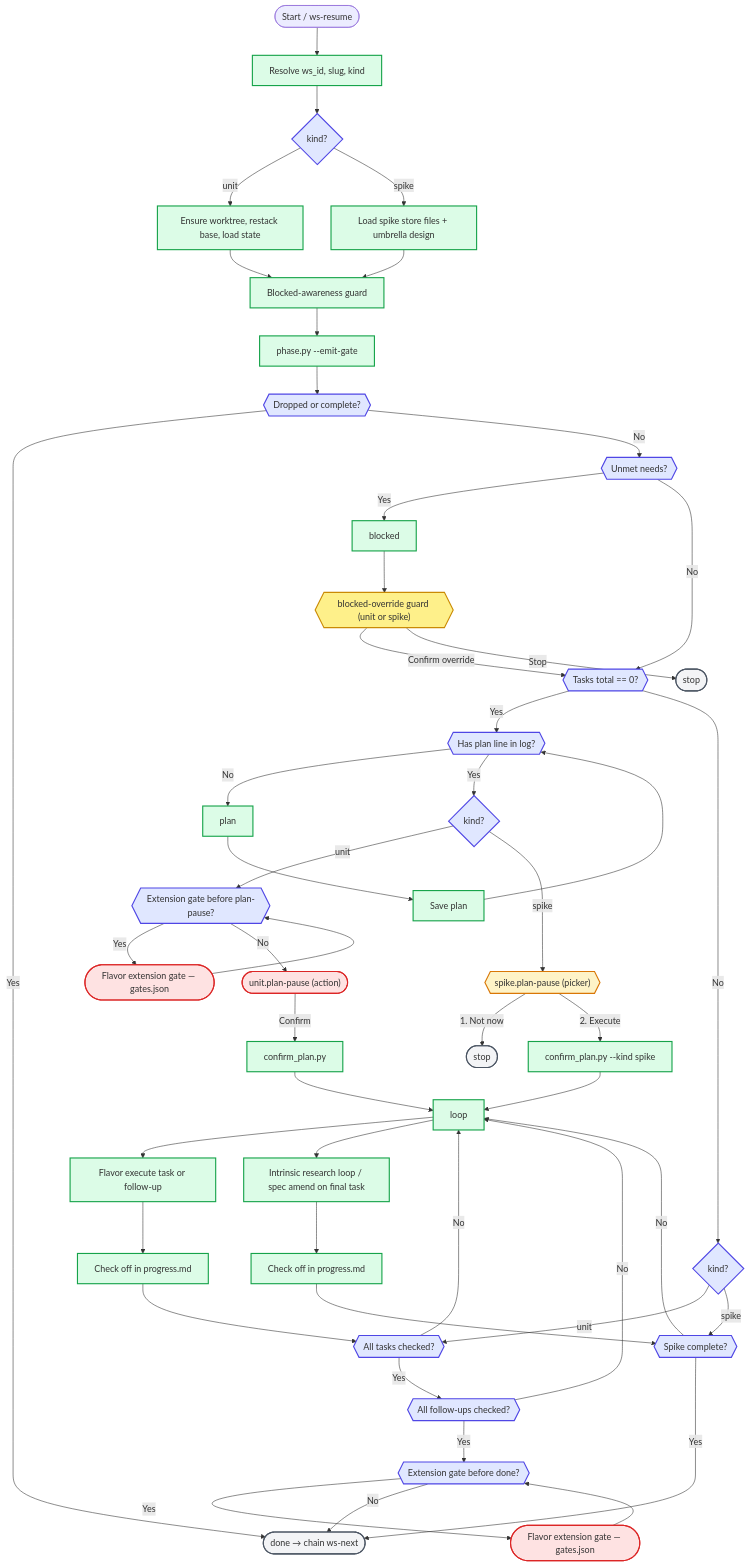
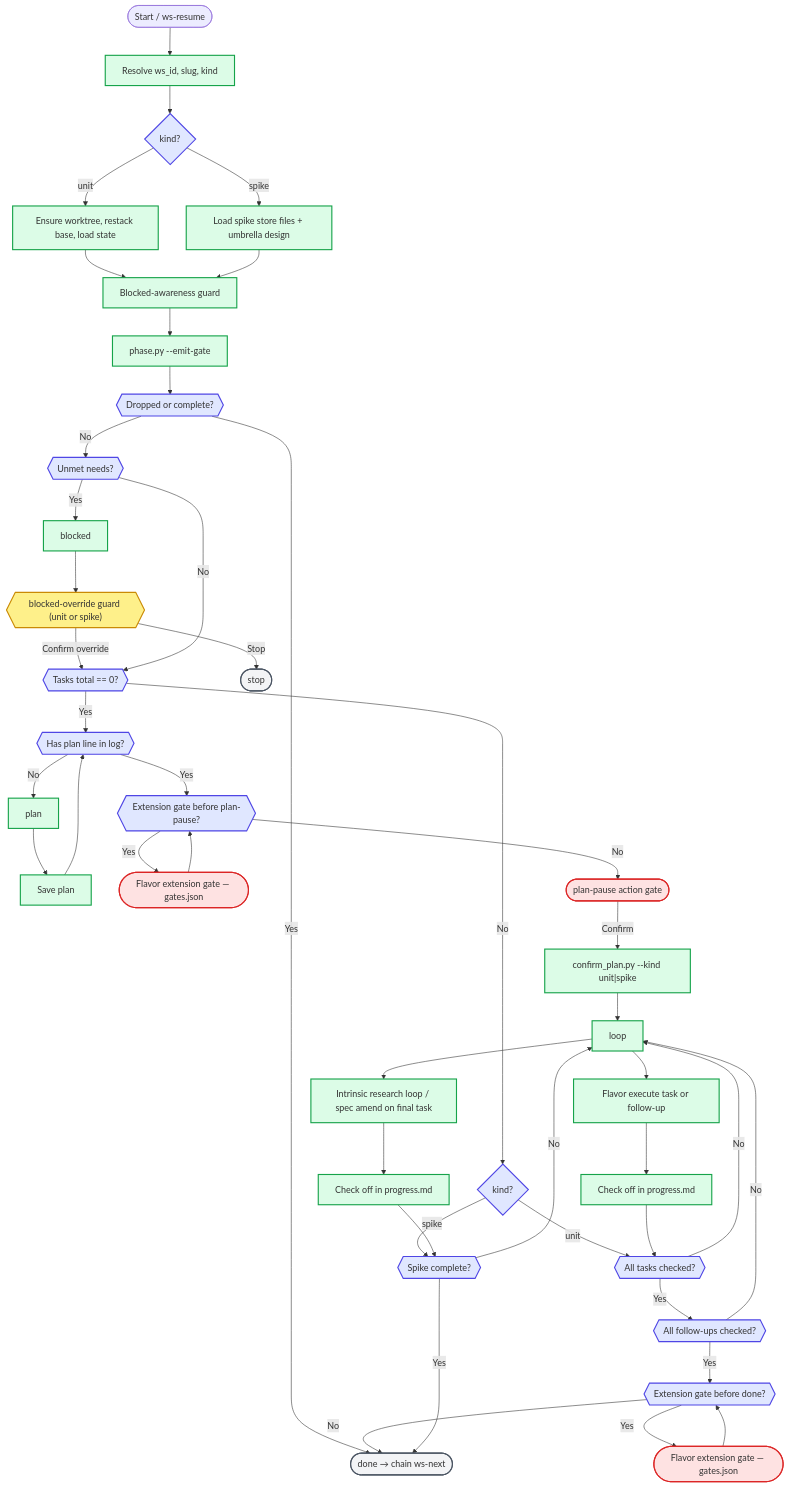
The diagram in plugins/workstreams/skills/ws/references/flows/diagrams/resume.mmd (caioariede/claude-plugins), drawn with Mermaid before and after one commit. The commit also changed 8 other files, not shown here.

Commit message:
feat(workstreams): unify unit and spike plan-pause path in ws-resume (0.21.0)

```diff
--- a/plugins/workstreams/skills/ws/references/flows/diagrams/resume.mmd
+++ b/plugins/workstreams/skills/ws/references/flows/diagrams/resume.mmd
@@ -1,75 +1,67 @@
 flowchart TD
     %% ws-resume — unit and spike execution flow
 
     start([Start / ws-resume]) --> resolve[Resolve ws_id, slug, kind]
     resolve --> kind{kind?}
 
     kind -- unit --> unit_prep[Ensure worktree, restack base, load state]
     kind -- spike --> spike_prep[Load spike store files + umbrella design]
 
     unit_prep --> blocked_guard[Blocked-awareness guard]
     spike_prep --> blocked_guard
 
     blocked_guard --> phase_py[phase.py --emit-gate]
 
     phase_py --> check_terminal{{Dropped or complete?}}
     check_terminal -- Yes --> ws_next([done → chain ws-next])
     check_terminal -- No --> check_needs{{Unmet needs?}}
 
     check_needs -- Yes --> blocked[blocked]
     blocked --> guard_blocked{{"blocked-override guard (unit or spike)"}}
     guard_blocked -- Confirm override --> check_zero_tasks
     guard_blocked -- Stop --> stop_blocked([stop])
 
     check_needs -- No --> check_zero_tasks{{Tasks total == 0?}}
 
     check_zero_tasks -- Yes --> check_plan_line{{Has plan line in log?}}
     check_plan_line -- No --> plan[plan]
     plan --> plan_save[Save plan] --> check_plan_line
 
-    check_plan_line -- Yes --> kind_plan{kind?}
-    kind_plan -- unit --> pre_plan_ext{{Extension gate before plan-pause?}}
+    check_plan_line -- Yes --> pre_plan_ext{{Extension gate before plan-pause?}}
     pre_plan_ext -- Yes --> pre_plan_gate(["Flavor extension gate — gates.json"])
     pre_plan_gate --> pre_plan_ext
-    pre_plan_ext -- No --> unit_plan_pause(["unit.plan-pause (action)"])
-    unit_plan_pause -- Confirm --> confirm_plan[confirm_plan.py]
-
-    kind_plan -- spike --> spike_plan_pause{{"spike.plan-pause (picker)"}}
-    spike_plan_pause -- "1. Not now" --> stop_plan([stop])
-    spike_plan_pause -- "2. Execute" --> confirm_spike[confirm_plan.py --kind spike]
-
+    pre_plan_ext -- No --> plan_pause(["plan-pause action gate"])
+    plan_pause -- Confirm --> confirm_plan["confirm_plan.py --kind unit|spike"]
     confirm_plan --> loop
-    confirm_spike --> loop
 
     check_zero_tasks -- No --> kind_loop{kind?}
 
     kind_loop -- unit --> check_tasks{{All tasks checked?}}
     check_tasks -- No --> loop[loop]
     loop --> unit_exec[Flavor execute task or follow-up]
     unit_exec --> check_off[Check off in progress.md] --> check_tasks
     check_tasks -- Yes --> check_followups{{All follow-ups checked?}}
     check_followups -- No --> loop
     check_followups -- Yes --> post_loop_ext{{Extension gate before done?}}
     post_loop_ext -- Yes --> post_loop_gate(["Flavor extension gate — gates.json"])
     post_loop_gate --> post_loop_ext
     post_loop_ext -- No --> ws_next
 
     kind_loop -- spike --> check_spike_complete{{Spike complete?}}
     check_spike_complete -- No --> loop
     loop --> spike_exec[Intrinsic research loop / spec amend on final task]
     spike_exec --> spike_check_off[Check off in progress.md] --> check_spike_complete
     check_spike_complete -- Yes --> ws_next
 
     classDef picker fill:#fef3c7,stroke:#d97706,stroke-width:2px;
     classDef action_stop fill:#fee2e2,stroke:#dc2626,stroke-width:2px;
     classDef terminal fill:#f3f4f6,stroke:#4b5563,stroke-width:2px;
     classDef condition fill:#e0e7ff,stroke:#4f46e5,stroke-width:2px;
     classDef action fill:#dcfce7,stroke:#16a34a,stroke-width:2px;
     classDef guard fill:#fef08a,stroke:#ca8a04,stroke-width:2px;
 
-    class spike_plan_pause picker;
-    class pre_plan_gate,post_loop_gate,unit_plan_pause action_stop;
-    class ws_next,stop_blocked,stop_plan terminal;
-    class kind,kind_plan,kind_loop,check_terminal,check_needs,check_zero_tasks,check_plan_line,pre_plan_ext,check_tasks,check_followups,post_loop_ext,check_spike_complete condition;
-    class resolve,unit_prep,spike_prep,blocked_guard,phase_py,plan,plan_save,confirm_plan,confirm_spike,loop,unit_exec,spike_exec,check_off,spike_check_off,blocked action;
+    class pre_plan_gate,post_loop_gate,plan_pause action_stop;
+    class ws_next,stop_blocked terminal;
+    class kind,kind_loop,check_terminal,check_needs,check_zero_tasks,check_plan_line,pre_plan_ext,check_tasks,check_followups,post_loop_ext,check_spike_complete condition;
+    class resolve,unit_prep,spike_prep,blocked_guard,phase_py,plan,plan_save,confirm_plan,loop,unit_exec,spike_exec,check_off,spike_check_off,blocked action;
     class guard_blocked guard;
```
